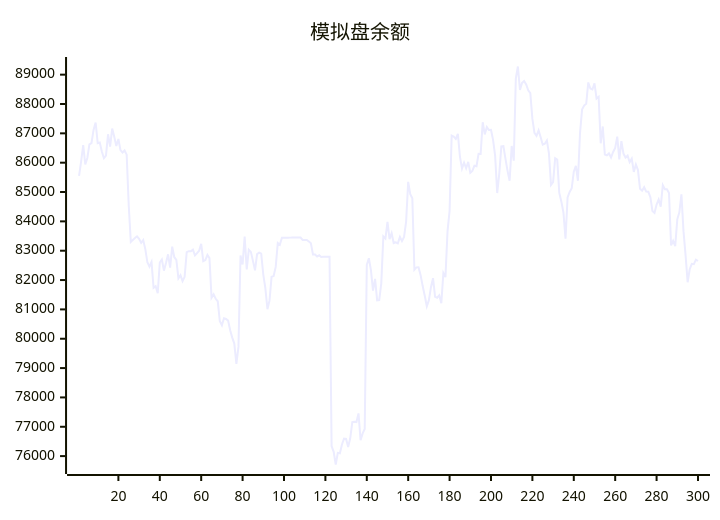
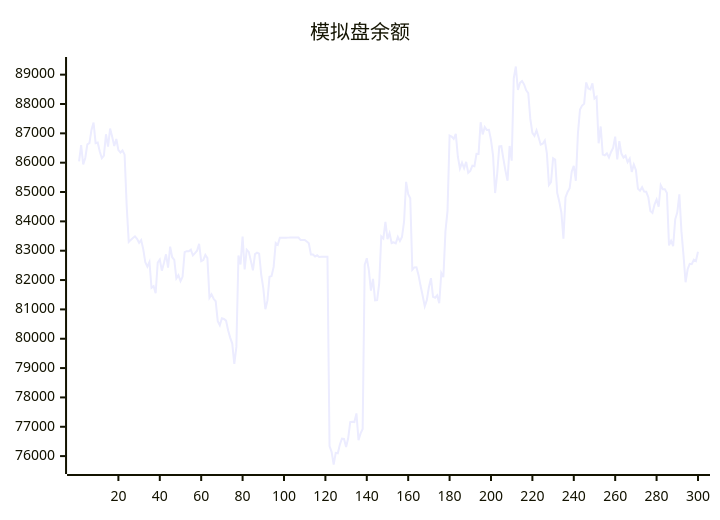
Before and after one commit to aahl/ai-trading: the diagram in README.md, drawn with Mermaid. The commit also changed other lines of this file and 1 other file, not shown here.

````diff
--- a/README.md
+++ b/README.md
@@ -5,5 +5,5 @@
 ```mermaid
 xychart
     title "模拟盘余额"
-    line [85548,86046,86599,85942,86161,86622,86664,87115,87369,86666,86685,86384,86152,86243,86969,86548,87164,86885,86566,86809,86427,86348,86417,86273,84538,83299,83369,83430,83490,83404,83270,83362,83056,82605,82459,82614,81734,81788,81551,82598,82702,82320,82580,82878,82426,83139,82778,82686,82056,82166,81963,82110,82951,82983,82984,83038,82838,82915,82998,83235,82642,82682,82858,82746,81396,81512,81362,81277,80600,80461,80699,80673,80616,80288,80038,79836,79142,79722,82837,82533,83480,82366,83032,82960,82654,82330,82883,82934,82901,82188,81728,81005,81298,82110,82135,82449,83264,83203,83440,83439,83440,83440,83446,83447,83448,83447,83448,83449,83369,83369,83369,83313,83256,82872,82873,82801,82844,82785,82791,82791,82793,82794,76339,76145,75714,76110,76096,76397,76594,76585,76310,76607,77160,77170,77160,77456,76541,76774,76927,82520,82744,82337,81639,82040,81307,81314,81887,83490,83414,83984,83396,83594,83261,83287,83253,83470,83327,83465,83987,85348,84930,84786,82355,82433,82438,82167,81795,81466,81105,81315,81756,82064,81426,81398,81481,81210,82242,82099,83658,84359,86925,86892,86814,86980,86203,85802,86003,85811,86028,85657,85721,85896,85880,86300,86299,87378,86965,87214,87115,87118,86780,86238,84966,85623,86555,86562,86129,85722,85387,86569,86070,88870,89278,88477,88720,88781,88668,88467,88372,87493,87018,86917,87102,86870,86613,86644,86758,86317,85242,85334,86149,86106,84968,84671,84302,83410,84816,85001,85127,85693,85891,85384,87001,87811,87945,88007,88734,88528,88495,88705,88189,88248,86662,87234,86279,86251,86314,86177,86364,86503,86886,86114,86731,86310,86176,86240,86017,86136,85685,85938,85749,85111,85044,85164,85016,85008,84824,84354,84287,84572,84745,84500,85234,85096,85095,84970,83180,83338,83157,84070,84309,84922,83667,82850,81924,82369,82552,82539,82695,82648]
+    line [86046,86599,85942,86161,86622,86664,87115,87369,86666,86685,86384,86152,86243,86969,86548,87164,86885,86566,86809,86427,86348,86417,86273,84538,83299,83369,83430,83490,83404,83270,83362,83056,82605,82459,82614,81734,81788,81551,82598,82702,82320,82580,82878,82426,83139,82778,82686,82056,82166,81963,82110,82951,82983,82984,83038,82838,82915,82998,83235,82642,82682,82858,82746,81396,81512,81362,81277,80600,80461,80699,80673,80616,80288,80038,79836,79142,79722,82837,82533,83480,82366,83032,82960,82654,82330,82883,82934,82901,82188,81728,81005,81298,82110,82135,82449,83264,83203,83440,83439,83440,83440,83446,83447,83448,83447,83448,83449,83369,83369,83369,83313,83256,82872,82873,82801,82844,82785,82791,82791,82793,82794,76339,76145,75714,76110,76096,76397,76594,76585,76310,76607,77160,77170,77160,77456,76541,76774,76927,82520,82744,82337,81639,82040,81307,81314,81887,83490,83414,83984,83396,83594,83261,83287,83253,83470,83327,83465,83987,85348,84930,84786,82355,82433,82438,82167,81795,81466,81105,81315,81756,82064,81426,81398,81481,81210,82242,82099,83658,84359,86925,86892,86814,86980,86203,85802,86003,85811,86028,85657,85721,85896,85880,86300,86299,87378,86965,87214,87115,87118,86780,86238,84966,85623,86555,86562,86129,85722,85387,86569,86070,88870,89278,88477,88720,88781,88668,88467,88372,87493,87018,86917,87102,86870,86613,86644,86758,86317,85242,85334,86149,86106,84968,84671,84302,83410,84816,85001,85127,85693,85891,85384,87001,87811,87945,88007,88734,88528,88495,88705,88189,88248,86662,87234,86279,86251,86314,86177,86364,86503,86886,86114,86731,86310,86176,86240,86017,86136,85685,85938,85749,85111,85044,85164,85016,85008,84824,84354,84287,84572,84745,84500,85234,85096,85095,84970,83180,83338,83157,84070,84309,84922,83667,82850,81924,82369,82552,82539,82695,82648,82962]
 ```
````
